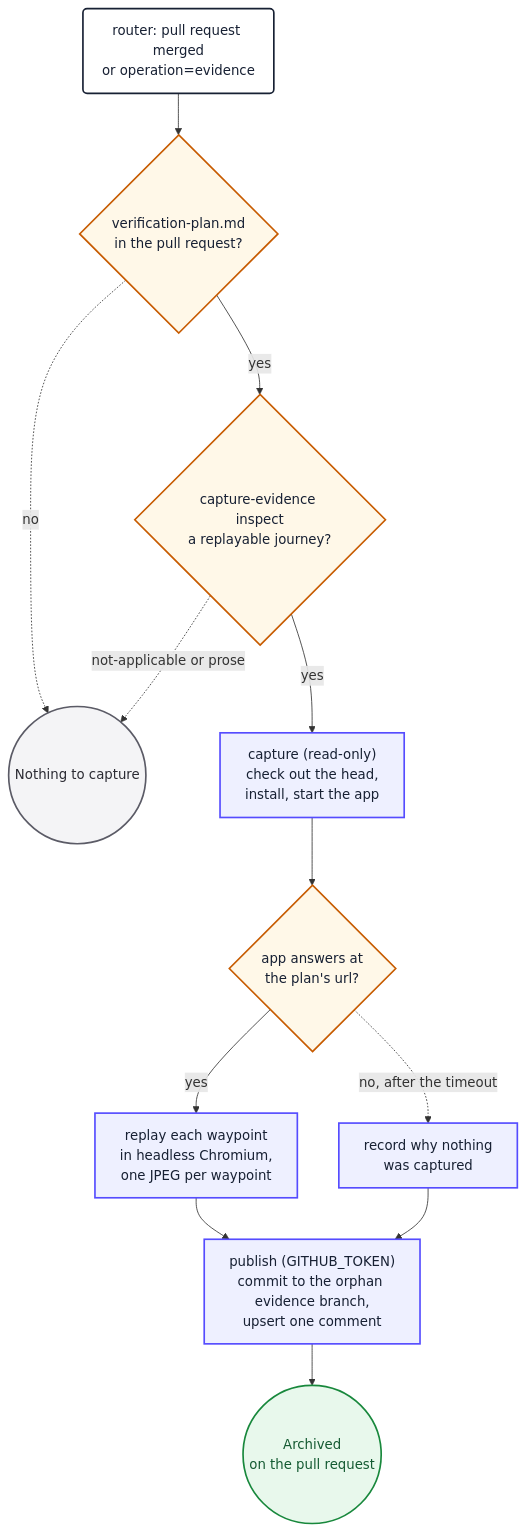
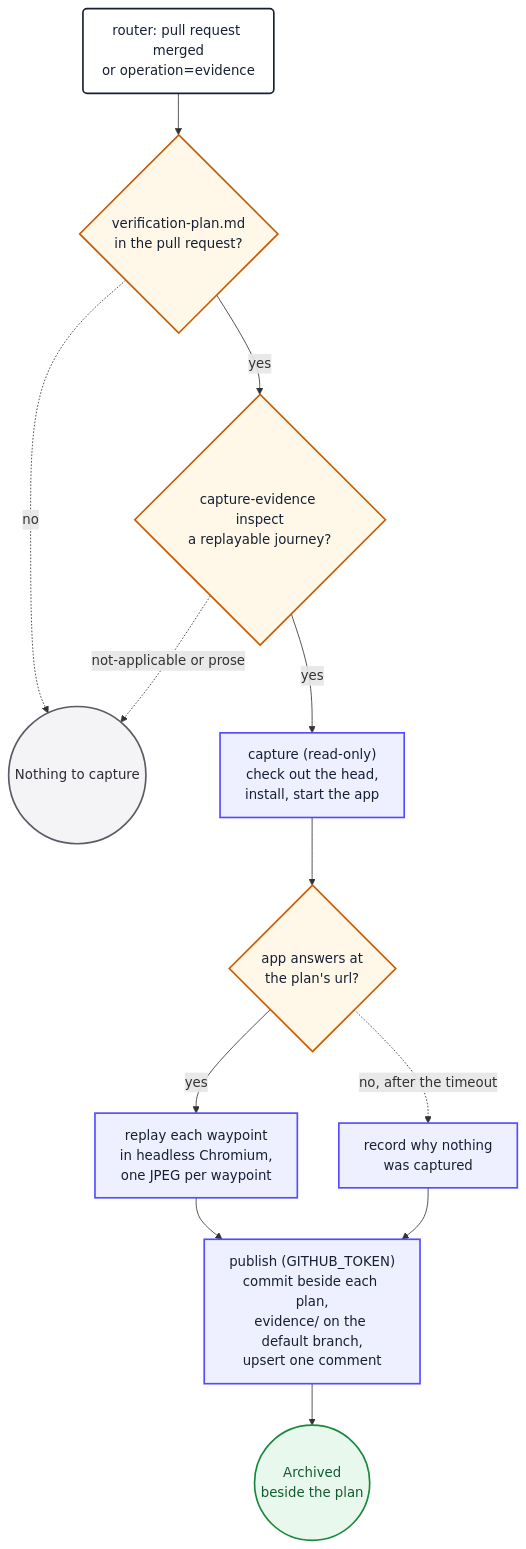
Before and after one commit to PlainConceptsPlatform/agentic-workflows: diagram 13 of 13 in loops/docs/diagrams.md, drawn with Mermaid. The commit also changed other lines of this file and 10 other files, not shown here.

````diff
--- a/loops/docs/diagrams.md
+++ b/loops/docs/diagrams.md
@@ -633,30 +636,30 @@
 ```mermaid
 flowchart TD
     evStart("router: pull request merged<br/>or operation=evidence") --> evPlans
     evPlans{"verification-plan.md<br/>in the pull request?"}
     evPlans -.->|"no"| evIdle
     evPlans -->|"yes"| evInspect
     evInspect{"capture-evidence inspect<br/>a replayable journey?"}
     evInspect -.->|"not-applicable or prose"| evIdle
     evInspect -->|"yes"| evApp
     evApp["capture (read-only)<br/>check out the head,<br/>install, start the app"] --> evUp
     evUp{"app answers at<br/>the plan's url?"}
     evUp -->|"yes"| evReplay
     evUp -.->|"no, after the timeout"| evUnreached
     evReplay["replay each waypoint<br/>in headless Chromium,<br/>one JPEG per waypoint"] --> evPublish
     evUnreached["record why nothing<br/>was captured"] --> evPublish
-    evPublish["publish (GITHUB_TOKEN)<br/>commit to the orphan evidence branch,<br/>upsert one comment"] --> evDone
-    evDone(("Archived<br/>on the pull request"))
+    evPublish["publish (GITHUB_TOKEN)<br/>commit beside each plan,<br/>evidence/ on the default branch,<br/>upsert one comment"] --> evDone
+    evDone(("Archived<br/>beside the plan"))
     evIdle(("Nothing to capture"))
 
     classDef start fill:#ffffff,stroke:#172033,stroke-width:2px,color:#172033
     classDef action fill:#eef0ff,stroke:#554cff,stroke-width:2px,color:#172033
     classDef decision fill:#fff8e8,stroke:#c75b00,stroke-width:2px,color:#172033
     classDef idle fill:#f4f4f6,stroke:#5b5b66,stroke-width:2px,color:#2b2b33
     classDef success fill:#e8f8ec,stroke:#18883c,stroke-width:2px,color:#145a32
     class evStart start
     class evApp,evReplay,evUnreached,evPublish action
     class evPlans,evInspect,evUp decision
     class evIdle idle
     class evDone success
 ```
````
